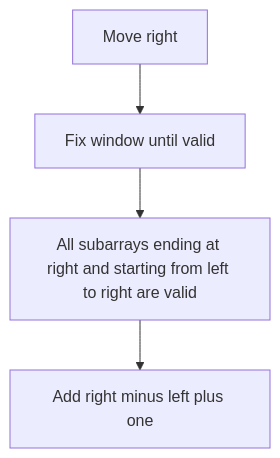
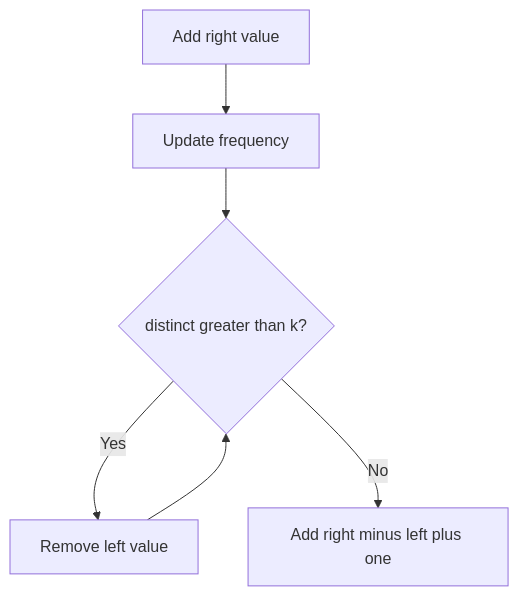
Diagram 26 of 36 in CP_DSA_NOTES/CONCEPT_FRAMEWORK_FORMS_TATICS/two_pointers_sliding_window_playbook.md (mthaiseer/springcloud-systemdesign-notes), drawn with Mermaid before and after one commit. The commit also changed other lines of this file, not shown here.

````diff
--- a/CP_DSA_NOTES/CONCEPT_FRAMEWORK_FORMS_TATICS/two_pointers_sliding_window_playbook.md
+++ b/CP_DSA_NOTES/CONCEPT_FRAMEWORK_FORMS_TATICS/two_pointers_sliding_window_playbook.md
@@ -365,6 +770,8 @@
 ```mermaid
 flowchart TD
-    A["Move right"] --> B["Fix window until valid"]
-    B --> C["All subarrays ending at right and starting from left to right are valid"]
-    C --> D["Add right minus left plus one"]
+    A["Add right value"] --> B["Update frequency"]
+    B --> C{"distinct greater than k?"}
+    C -->|"Yes"| D["Remove left value"]
+    D --> C
+    C -->|"No"| E["Add right minus left plus one"]
 ```
````
